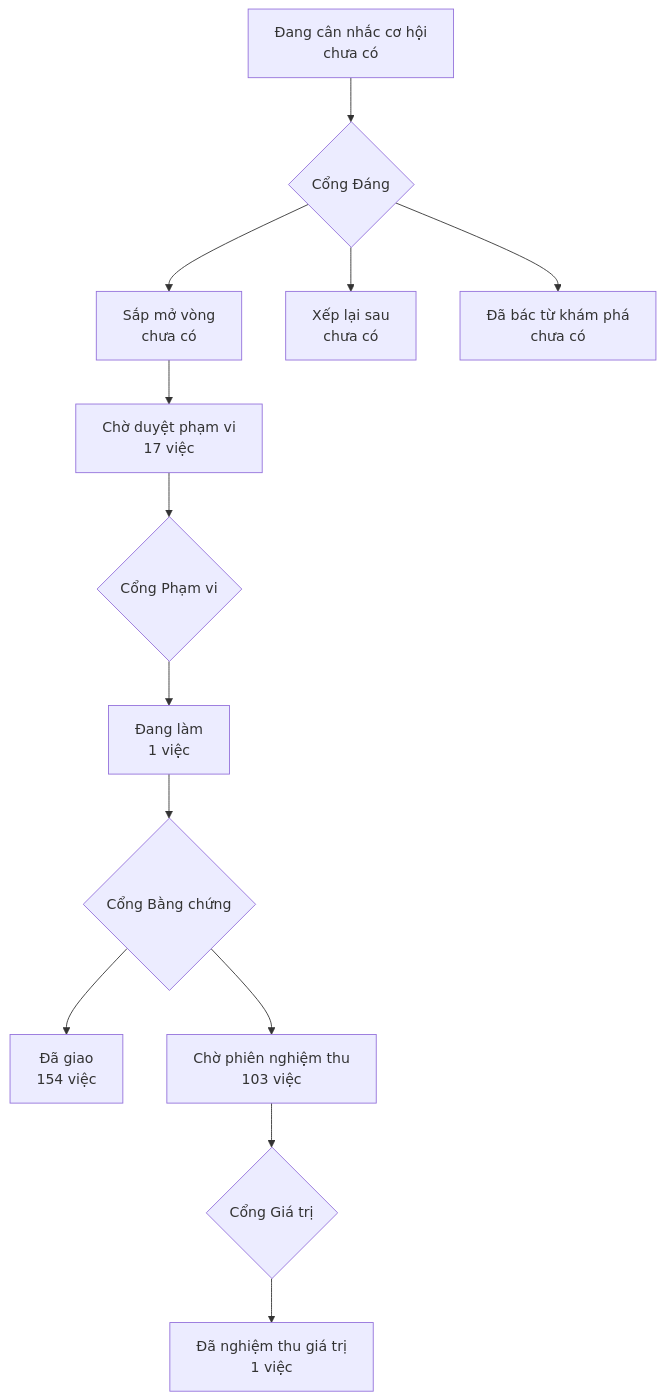
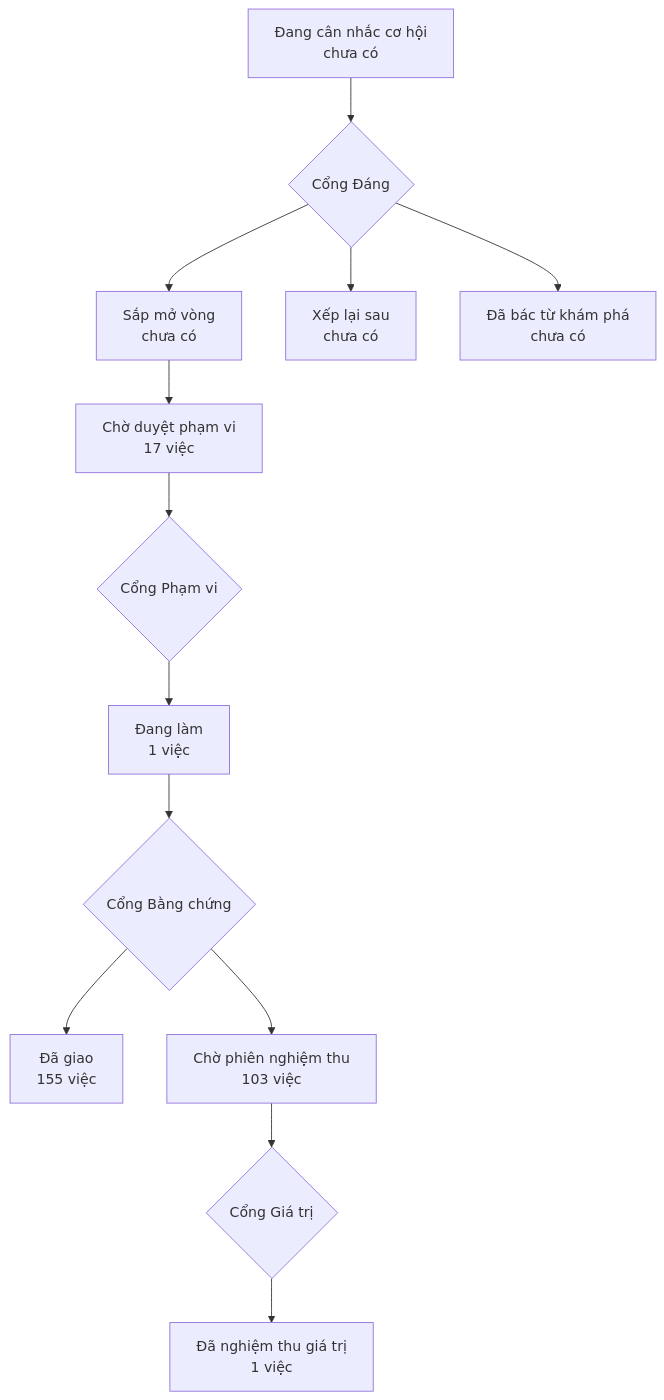
One commit to phanlemanh/onehub-invest changed the diagram in PRODUCT-MAP.md. Above: the diagram before and after it, drawn with Mermaid. The commit also changed other lines of this file and 1 other file, not shown here.

Commit message:
chore: vẽ lại PRODUCT-MAP, LO-TRINH sau khi gộp main

````diff
--- a/PRODUCT-MAP.md
+++ b/PRODUCT-MAP.md
@@ -7,12 +7,12 @@
 ```mermaid
 flowchart TD
   A["Đang cân nhắc cơ hội<br/>chưa có"] --> GD{"Cổng Đáng"}
   GD --> B["Sắp mở vòng<br/>chưa có"]
   GD --> XL["Xếp lại sau<br/>chưa có"]
   GD --> DB["Đã bác từ khám phá<br/>chưa có"]
   B --> CD["Chờ duyệt phạm vi<br/>17 việc"] --> GP{"Cổng Phạm vi"}
   GP --> DL["Đang làm<br/>1 việc"] --> GB{"Cổng Bằng chứng"}
-  GB --> DG["Đã giao<br/>154 việc"]
+  GB --> DG["Đã giao<br/>155 việc"]
   GB --> CN["Chờ phiên nghiệm thu<br/>103 việc"] --> GG{"Cổng Giá trị"}
   GG --> NT["Đã nghiệm thu giá trị<br/>1 việc"]
 ```
````
